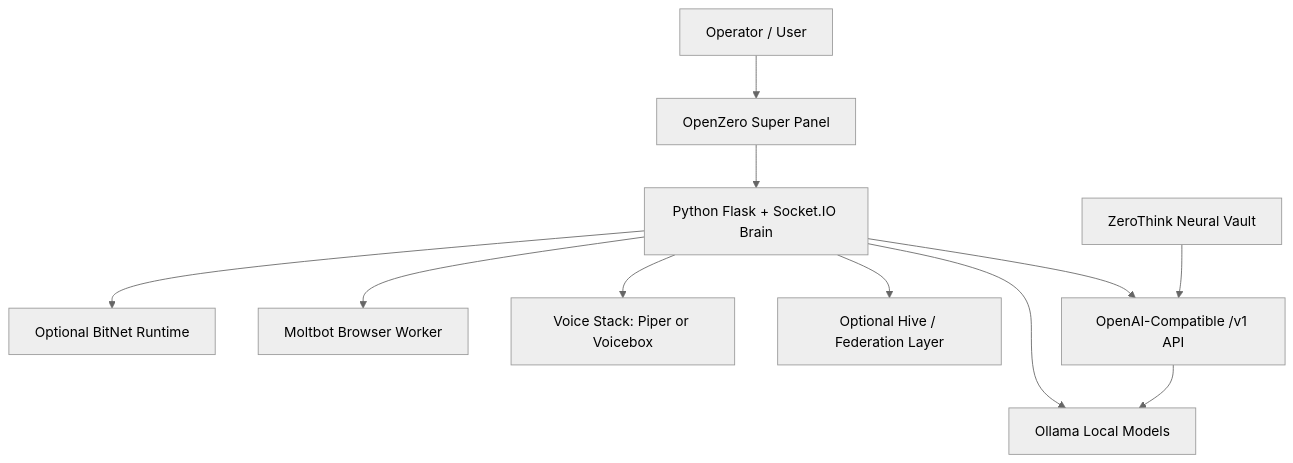
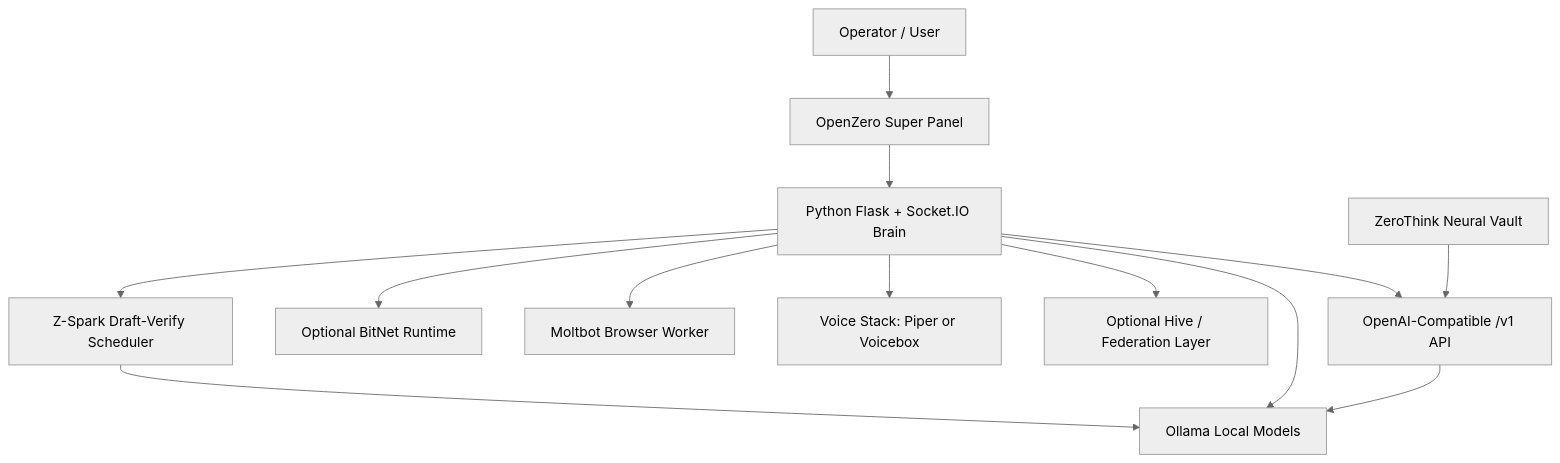
One commit to ResearchForumOnline/OpenZero changed the diagram in openzero/docs/ARCHITECTURE.md. Above: the diagram before and after it, drawn with Mermaid (neutral theme). The commit also changed other lines of this file and 13 other files, not shown here.

Commit message:
Add Z-Spark draft-verify runtime

````diff
--- a/openzero/docs/ARCHITECTURE.md
+++ b/openzero/docs/ARCHITECTURE.md
@@ -7,13 +7,15 @@
 ```mermaid
 flowchart TD
   User["Operator / User"] --> Panel["OpenZero Super Panel"]
   Panel --> Flask["Python Flask + Socket.IO Brain"]
+  Flask --> ZSpark["Z-Spark Draft-Verify Scheduler"]
+  ZSpark --> Ollama
   Flask --> Ollama["Ollama Local Models"]
   Flask --> BitNet["Optional BitNet Runtime"]
   Flask --> Moltbot["Moltbot Browser Worker"]
   Flask --> Voice["Voice Stack: Piper or Voicebox"]
   Flask --> Hive["Optional Hive / Federation Layer"]
   Flask --> API["OpenAI-Compatible /v1 API"]
   ZeroThink["ZeroThink Neural Vault"] --> API
   API --> Ollama
 ```
````
